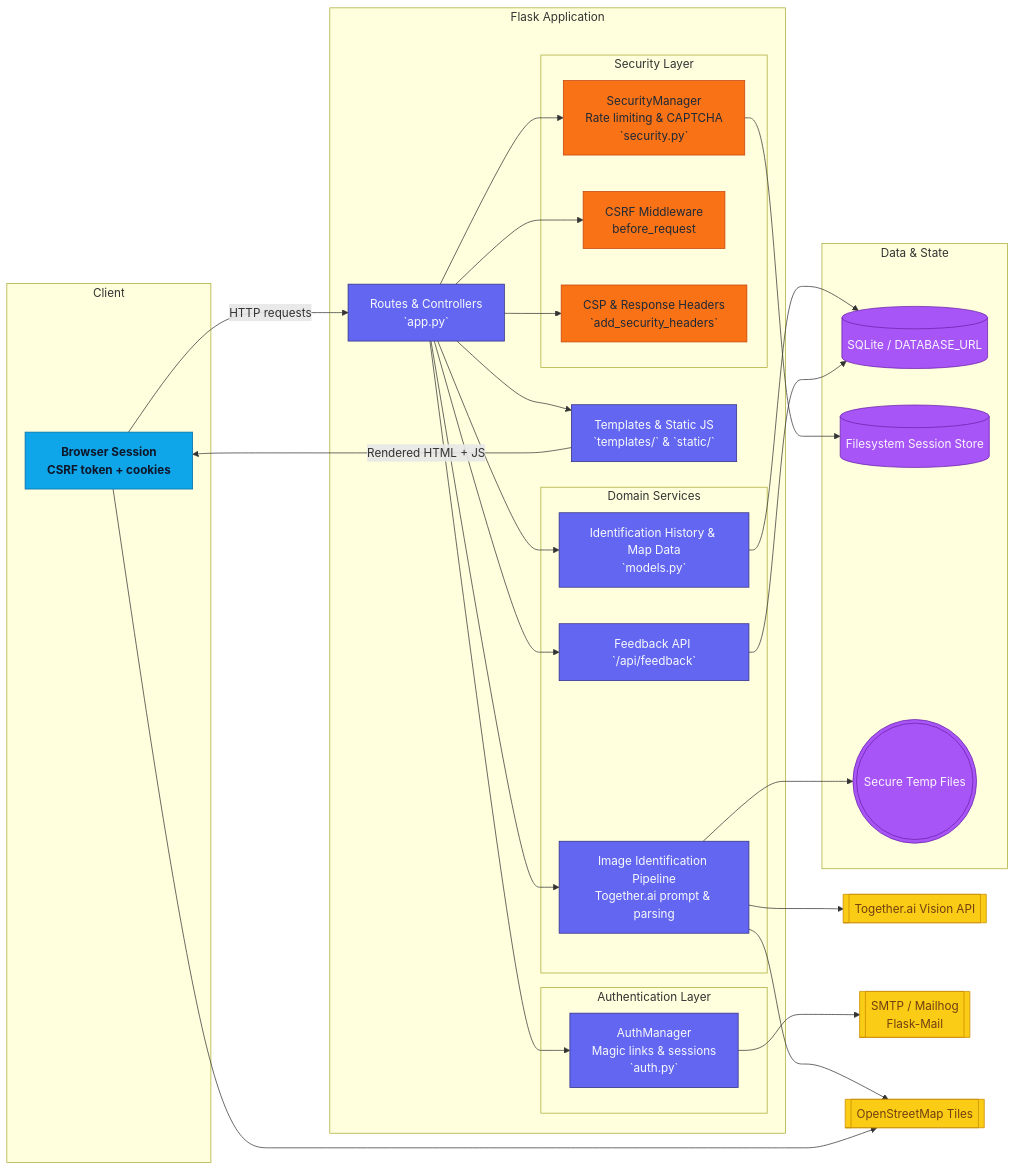
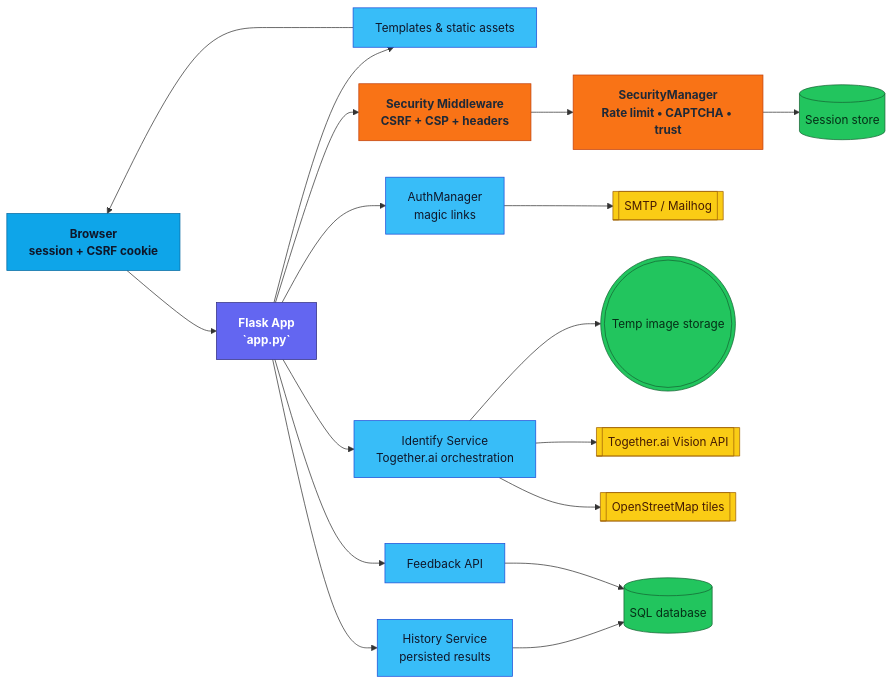
Before and after one commit to Red-Turtles/Proof-Of-Concept-Demo: the diagram in docs/diagram_sources/system-architecture.mmd, drawn with Mermaid. The commit also changed 8 other files, not shown here.

First line of the commit message:
Refactor: Update diagrams and simplify security concepts

```diff
--- a/docs/diagram_sources/system-architecture.mmd
+++ b/docs/diagram_sources/system-architecture.mmd
@@ -1,66 +1,28 @@
 flowchart LR
     classDef client fill:#0ea5e9,stroke:#0369a1,color:#0f172a,font-weight:bold;
-    classDef flask fill:#6366f1,stroke:#312e81,color:#f8fafc;
-    classDef security fill:#f97316,stroke:#c2410c,color:#1f2937;
-    classDef data fill:#22c55e,stroke:#15803d,color:#052e16;
-    classDef external fill:#facc15,stroke:#ca8a04,color:#713f12;
-    classDef storage fill:#a855f7,stroke:#6b21a8,color:#faf5ff;
+    classDef app fill:#6366f1,stroke:#312e81,color:#ffffff,font-weight:bold;
+    classDef guard fill:#f97316,stroke:#c2410c,color:#1f2937,font-weight:bold;
+    classDef service fill:#38bdf8,stroke:#1d4ed8,color:#0f172a;
+    classDef data fill:#22c55e,stroke:#166534,color:#052e16;
+    classDef external fill:#facc15,stroke:#a16207,color:#451a03;
 
-    subgraph Client
-        Browser[Browser Session\nCSRF token + cookies]:::client
-    end
+    Browser[Browser\nsession + CSRF cookie]:::client --> App[Flask App\n`app.py`]:::app
+    App --> Views[Templates & static assets]:::service
+    Views --> Browser
 
-    subgraph Flask_App[Flask Application]
-        Controller[Routes & Controllers\n`app.py`]:::flask
-        Templates[Templates & Static JS\n`templates/` & `static/`]:::flask
+    App --> Shield[Security Middleware\nCSRF + CSP + headers]:::guard
+    Shield --> SecurityMgr[SecurityManager\nRate limit • CAPTCHA • trust]:::guard
+    SecurityMgr --> Sessions[(Session store)]:::data
 
-        subgraph Security_Layer[Security Layer]
-            SecurityMgr[SecurityManager\nRate limiting & CAPTCHA\n`security.py`]:::security
-            CSRFGuard[CSRF Middleware\nbefore_request]:::security
-            CSPHeaders[CSP & Response Headers\n`add_security_headers`]:::security
-        end
+    App --> AuthSvc[AuthManager\nmagic links]:::service
+    AuthSvc --> Mailer[[SMTP / Mailhog]]:::external
 
-        subgraph Auth_Layer[Authentication Layer]
-            AuthMgr[AuthManager\nMagic links & sessions\n`auth.py`]:::flask
-        end
+    App --> IdentifySvc[Identify Service\nTogether.ai orchestration]:::service
+    IdentifySvc --> TempFiles(((Temp image storage))):::data
+    IdentifySvc --> Together[[Together.ai Vision API]]:::external
+    IdentifySvc --> MapTiles[[OpenStreetMap tiles]]:::external
 
-        subgraph Services[Domain Services]
-            Identify[Image Identification Pipeline\nTogether.ai prompt & parsing]:::flask
-            HistorySvc[Identification History & Map Data\n`models.py`]:::flask
-            FeedbackSvc[Feedback API `/api/feedback`]:::flask
-        end
-    end
-
-    subgraph DataStores[Data & State]
-        SQLite[(SQLite / DATABASE_URL)]:::storage
-        Sessions[(Filesystem Session Store)]:::storage
-        TempFiles(((Secure Temp Files))):::storage
-    end
-
-    TogetherAI[[Together.ai Vision API]]:::external
-    Mail[[SMTP / Mailhog\nFlask-Mail]]:::external
-    Maps[[OpenStreetMap Tiles]]:::external
-
-    Browser -->|HTTP requests| Controller
-    Controller --> Templates
-    Templates -->|Rendered HTML + JS| Browser
-
-    Controller --> SecurityMgr
-    SecurityMgr --> Sessions
-    Controller --> CSRFGuard
-    Controller --> CSPHeaders
-
-    Controller --> AuthMgr
-    AuthMgr --> Mail
-
-    Controller --> Identify
-    Identify --> TogetherAI
-    Identify --> TempFiles
-
-    Controller --> HistorySvc
-    Controller --> FeedbackSvc
-    HistorySvc --> SQLite
-    FeedbackSvc --> SQLite
-
-    Identify --> Maps
-    Browser --> Maps
+    App --> HistorySvc[History Service\npersisted results]:::service
+    App --> FeedbackSvc[Feedback API]:::service
+    HistorySvc --> Database[(SQL database)]:::data
+    FeedbackSvc --> Database
```
